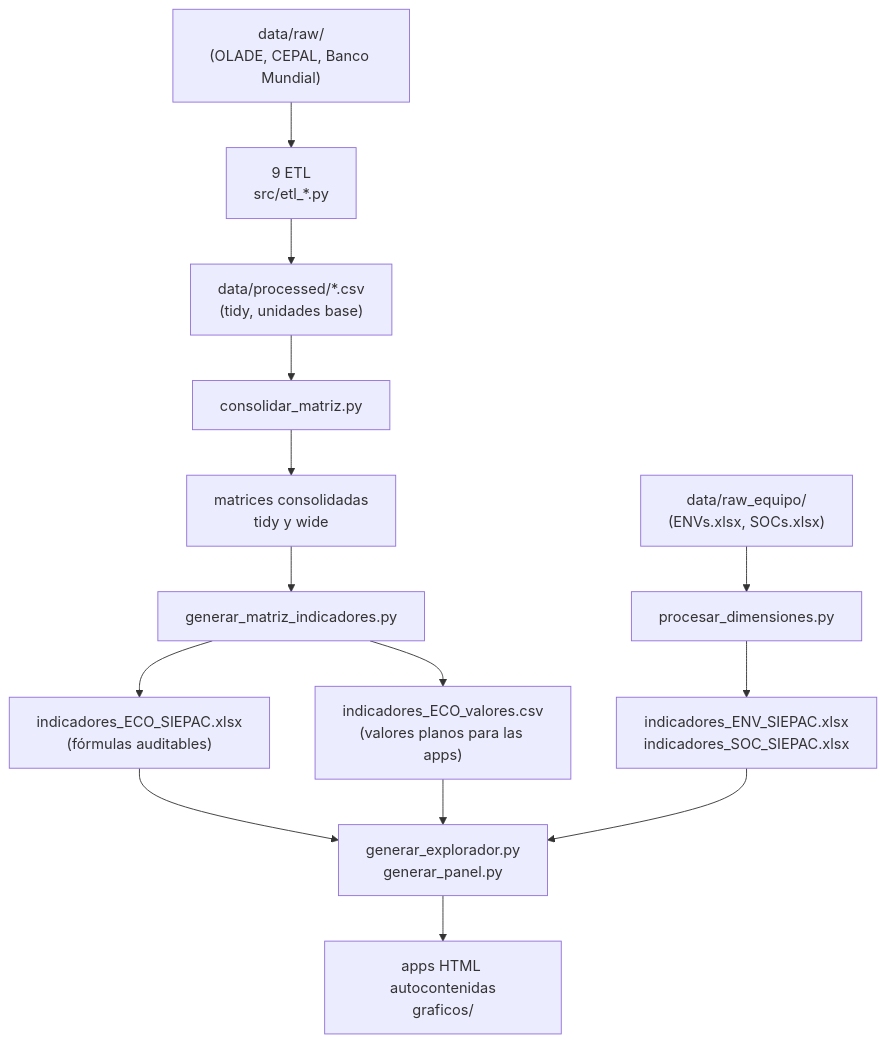
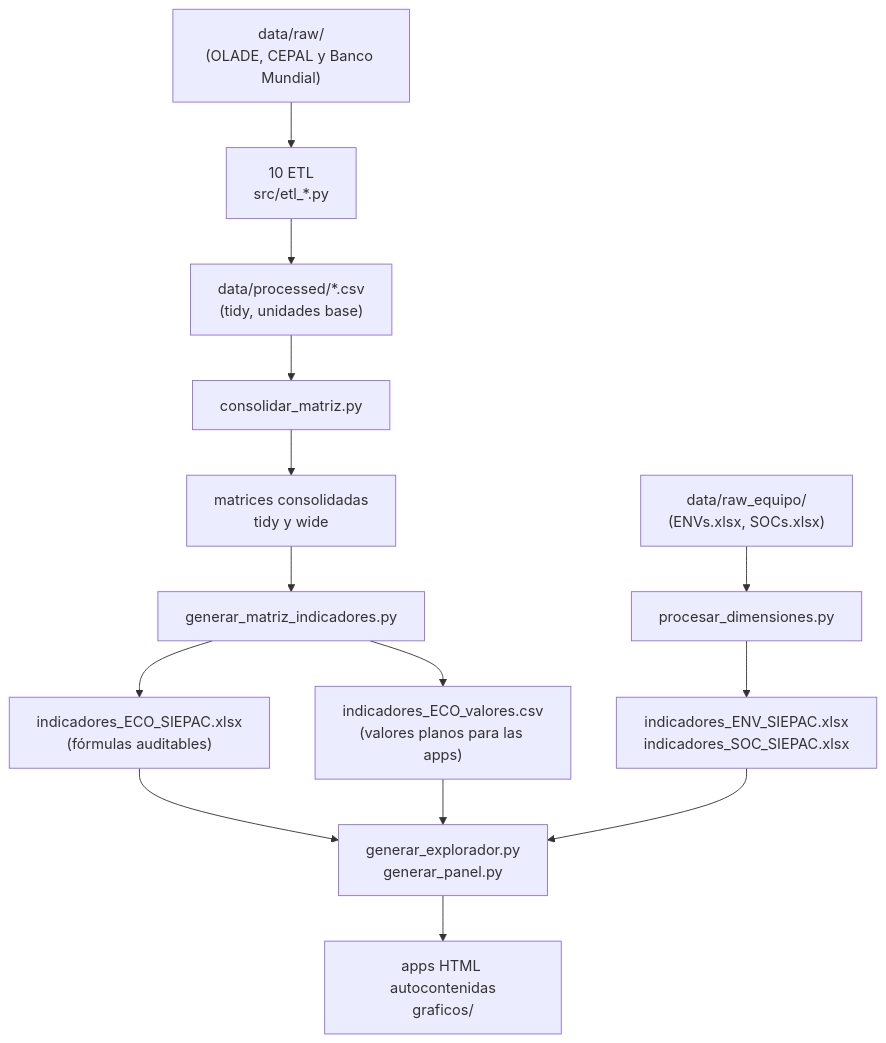
One commit to giovanni-serrano/siepac-analysis changed the diagram in README.md. Above: the diagram before and after it, drawn with Mermaid. The commit also changed other lines of this file and 45 other files, not shown here.

````diff
--- a/README.md
+++ b/README.md
@@ -21,16 +21,16 @@
 ```mermaid
 flowchart TD
-    RAW["data/raw/<br>(OLADE, CEPAL, Banco Mundial)"] --> ETL["9 ETL<br>src/etl_*.py"]
+    RAW["data/raw/<br>(OLADE, CEPAL y Banco Mundial)"] --> ETL["10 ETL<br>src/etl_*.py"]
     ETL --> CSV["data/processed/*.csv<br>(tidy, unidades base)"]
     CSV --> CONS["consolidar_matriz.py"]
     CONS --> MAT["matrices consolidadas<br>tidy y wide"]
     MAT --> IND["generar_matriz_indicadores.py"]
     IND --> ECO["indicadores_ECO_SIEPAC.xlsx<br>(fórmulas auditables)"]
     IND --> VAL["indicadores_ECO_valores.csv<br>(valores planos para las apps)"]
     EQUIPO["data/raw_equipo/<br>(ENVs.xlsx, SOCs.xlsx)"] --> DIM["procesar_dimensiones.py"]
     DIM --> ENVSOC["indicadores_ENV_SIEPAC.xlsx<br>indicadores_SOC_SIEPAC.xlsx"]
     ECO --> VIZ["generar_explorador.py<br>generar_panel.py"]
     VAL --> VIZ
     ENVSOC --> VIZ
     VIZ --> HTML["apps HTML autocontenidas<br>graficos/"]
 ```
````
